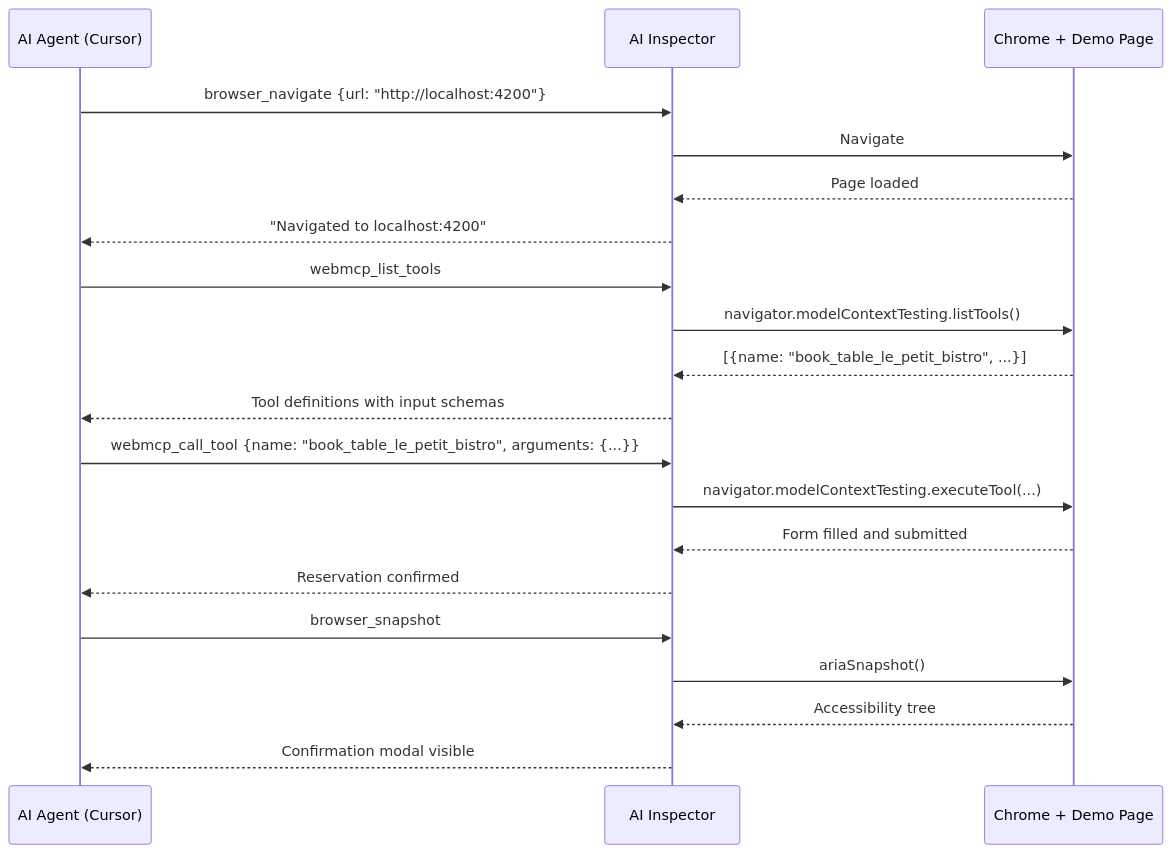
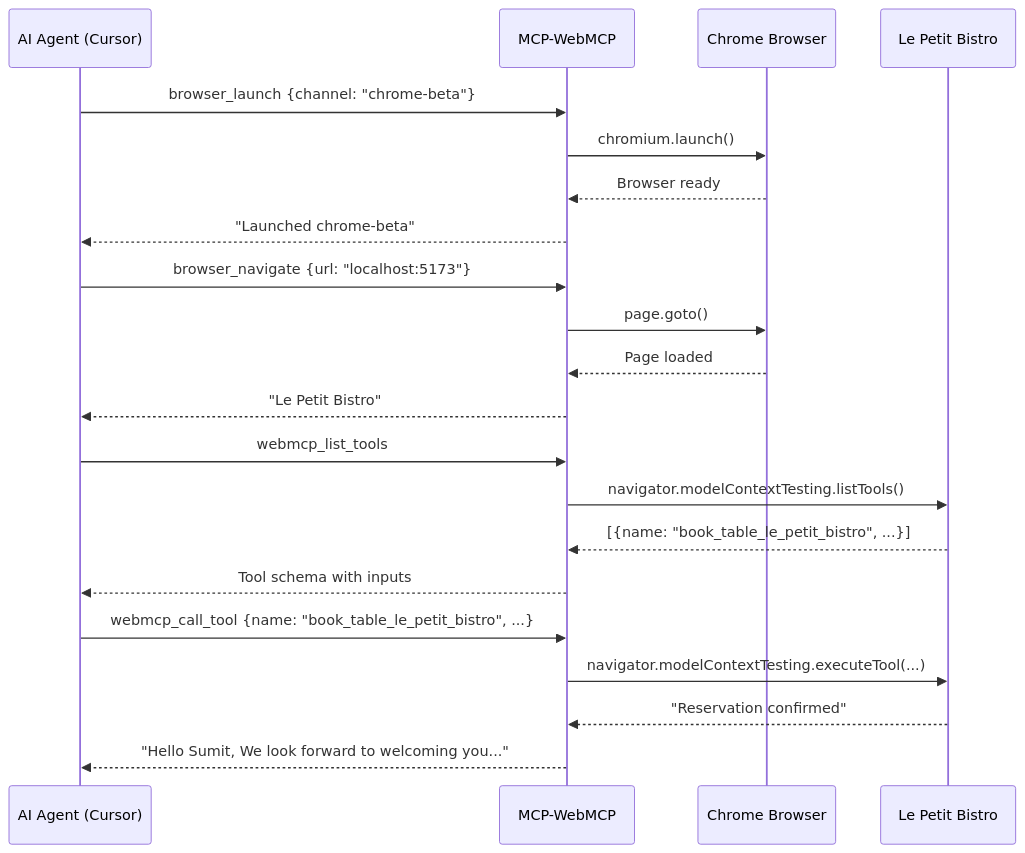
One commit to tech-sumit/ai-inspector-server changed the fourth of 5 diagrams in README.md. Above: the diagram before and after it, drawn with Mermaid. The commit also changed other lines of this file and 12 other files, not shown here.

First line of the commit message:
rename from ai-inspector-server to mcp-webmcp

````diff
--- a/README.md
+++ b/README.md
@@ -419,26 +366,27 @@
 ```mermaid
 sequenceDiagram
     participant Agent as AI Agent (Cursor)
-    participant MCP as AI Inspector
-    participant Chrome as Chrome + Demo Page
+    participant MCP as MCP-WebMCP
+    participant Chrome as Chrome Browser
+    participant Page as Le Petit Bistro
 
-    Agent->>MCP: browser_navigate {url: "http://localhost:4200"}
-    MCP->>Chrome: Navigate
+    Agent->>MCP: browser_launch {channel: "chrome-beta"}
+    MCP->>Chrome: chromium.launch()
+    Chrome-->>MCP: Browser ready
+    MCP-->>Agent: "Launched chrome-beta"
+
+    Agent->>MCP: browser_navigate {url: "localhost:5173"}
+    MCP->>Chrome: page.goto()
     Chrome-->>MCP: Page loaded
-    MCP-->>Agent: "Navigated to localhost:4200"
+    MCP-->>Agent: "Le Petit Bistro"
 
     Agent->>MCP: webmcp_list_tools
-    MCP->>Chrome: navigator.modelContextTesting.listTools()
-    Chrome-->>MCP: [{name: "book_table_le_petit_bistro", ...}]
-    MCP-->>Agent: Tool definitions with input schemas
+    MCP->>Page: navigator.modelContextTesting.listTools()
+    Page-->>MCP: [{name: "book_table_le_petit_bistro", ...}]
+    MCP-->>Agent: Tool schema with inputs
 
-    Agent->>MCP: webmcp_call_tool {name: "book_table_le_petit_bistro", arguments: {...}}
-    MCP->>Chrome: navigator.modelContextTesting.executeTool(...)
-    Chrome-->>MCP: Form filled and submitted
-    MCP-->>Agent: Reservation confirmed
-
-    Agent->>MCP: browser_snapshot
-    MCP->>Chrome: ariaSnapshot()
-    Chrome-->>MCP: Accessibility tree
-    MCP-->>Agent: Confirmation modal visible
+    Agent->>MCP: webmcp_call_tool {name: "book_table_le_petit_bistro", ...}
+    MCP->>Page: navigator.modelContextTesting.executeTool(...)
+    Page-->>MCP: "Reservation confirmed"
+    MCP-->>Agent: "Hello Sumit, We look forward to welcoming you..."
 ```
````
